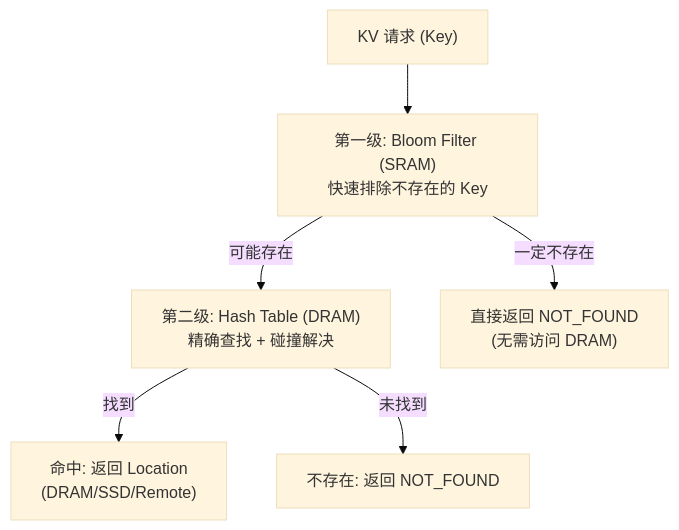
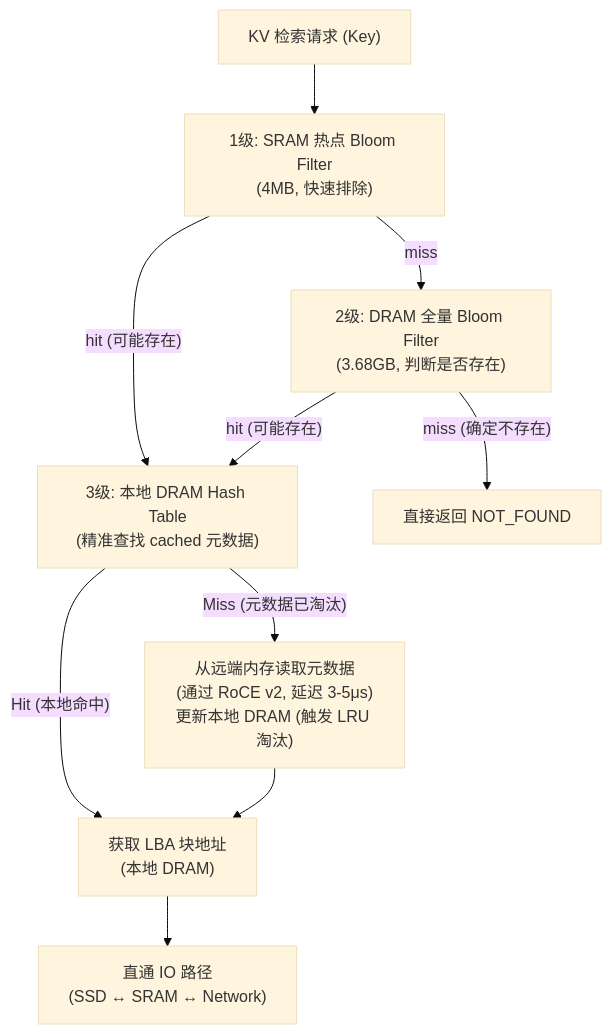
Before and after one commit to tylerqi/dpu-design: the diagram in kv-storage-system-analysis.md, drawn with Mermaid (base theme). The commit also changed other lines of this file, not shown here.

````diff
--- a/kv-storage-system-analysis.md
+++ b/kv-storage-system-analysis.md
@@ -65,8 +78,14 @@
 ```mermaid
 graph TD
-    REQ["KV 请求 (Key)"] --> BF["第一级: Bloom Filter (SRAM)\n快速排除不存在的 Key"]
-    BF -->|"可能存在"| HT["第二级: Hash Table (DRAM)\n精确查找 + 碰撞解决"]
-    BF -->|"一定不存在"| REJECT["直接返回 NOT_FOUND\n(无需访问 DRAM)"]
-    HT -->|"找到"| HIT["命中: 返回 Location\n(DRAM/SSD/Remote)"]
-    HT -->|"未找到"| MISS["不存在: 返回 NOT_FOUND"]
+    REQ["KV 检索请求 (Key)"] --> SRAM_BF["1级: SRAM 热点 Bloom Filter\n(4MB, 快速排除)"]
+    SRAM_BF -->|"miss"| DRAM_BF["2级: DRAM 全量 Bloom Filter\n(3.68GB, 判断是否存在)"]
+    SRAM_BF -->|"hit (可能存在)"| DRAM_HT["3级: 本地 DRAM Hash Table\n(精准查找 cached 元数据)"]
+    DRAM_BF -->|"hit (可能存在)"| DRAM_HT
+    DRAM_BF -->|"miss (确定不存在)"| NOT_FOUND["直接返回 NOT_FOUND"]
+
+    DRAM_HT -->|"Hit (本地命中)"| GET_LBA["获取 LBA 块地址\n(本地 DRAM)"]
+    DRAM_HT -->|"Miss (元数据已淘汰)"| REMOTE_FETCH["从远端内存读取元数据\n(通过 RoCE v2, 延迟 3-5μs)\n更新本地 DRAM (触发 LRU 淘汰)"]
+
+    GET_LBA --> IO_PATH["直通 IO 路径\n(SSD ↔ SRAM ↔ Network)"]
+    REMOTE_FETCH --> GET_LBA
 ```
````
